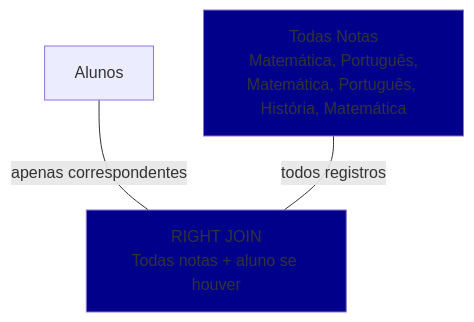
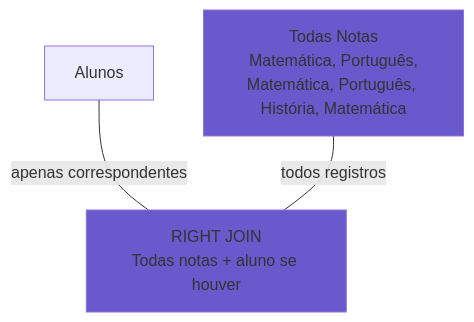
The third of 7 diagrams in docs/content/_aulas/banco-de-dados/modelo-de-dados/dependencia-de-existencia.md (myerco/CafeGeek), drawn with Mermaid before and after one commit. The commit also changed other lines of this file and 12 other files, not shown here.

```diff
--- a/docs/content/_aulas/banco-de-dados/modelo-de-dados/dependencia-de-existencia.md
+++ b/docs/content/_aulas/banco-de-dados/modelo-de-dados/dependencia-de-existencia.md
@@ -154,12 +154,12 @@
 <div class="mermaid">
 graph TD
     A[Alunos]
     B[ Todas Notas<br/> Matemática, Português, Matemática, Português, História, Matemática]
     C[RIGHT JOIN<br/>Todas notas + aluno se houver]
     
     A ---|apenas correspondentes| C
     B ---|todos registros| C
     
-    style B fill:#00008B
-    style C fill:#00008B
+    style B fill:#6959CD
+    style C fill:#6959CD
 </div>
```
